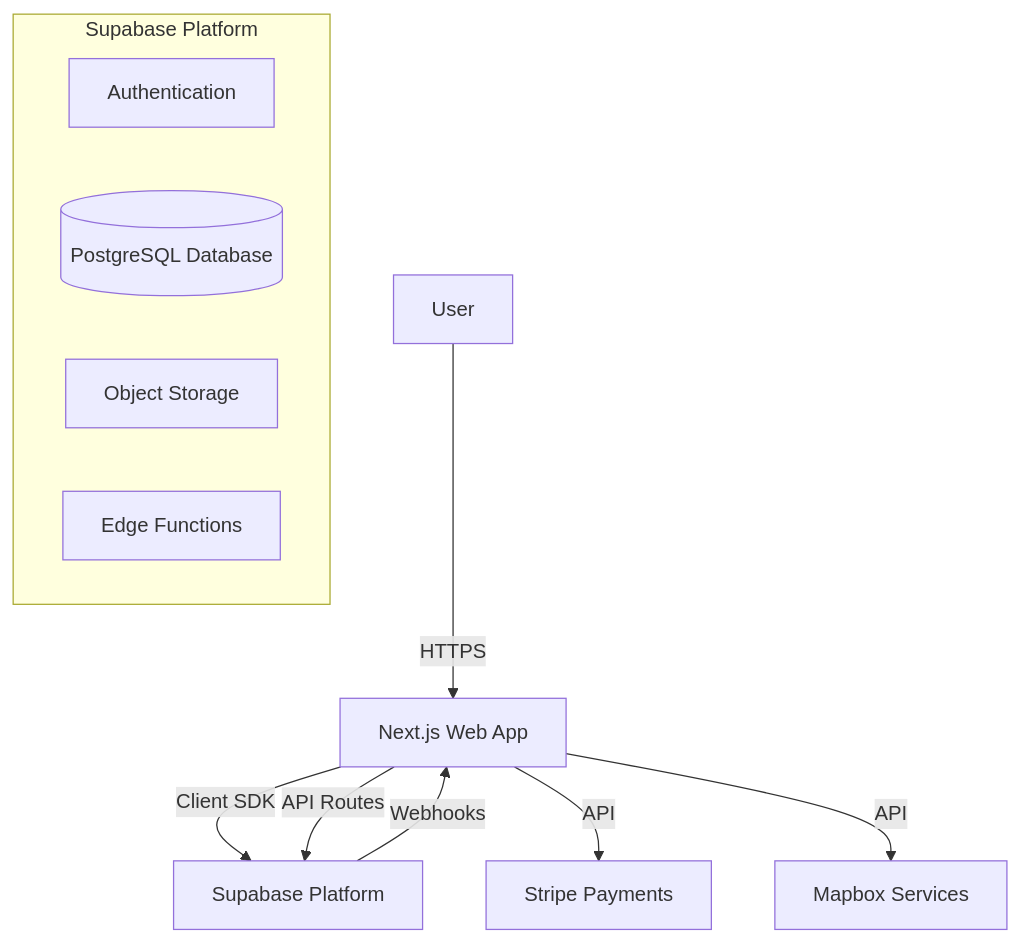
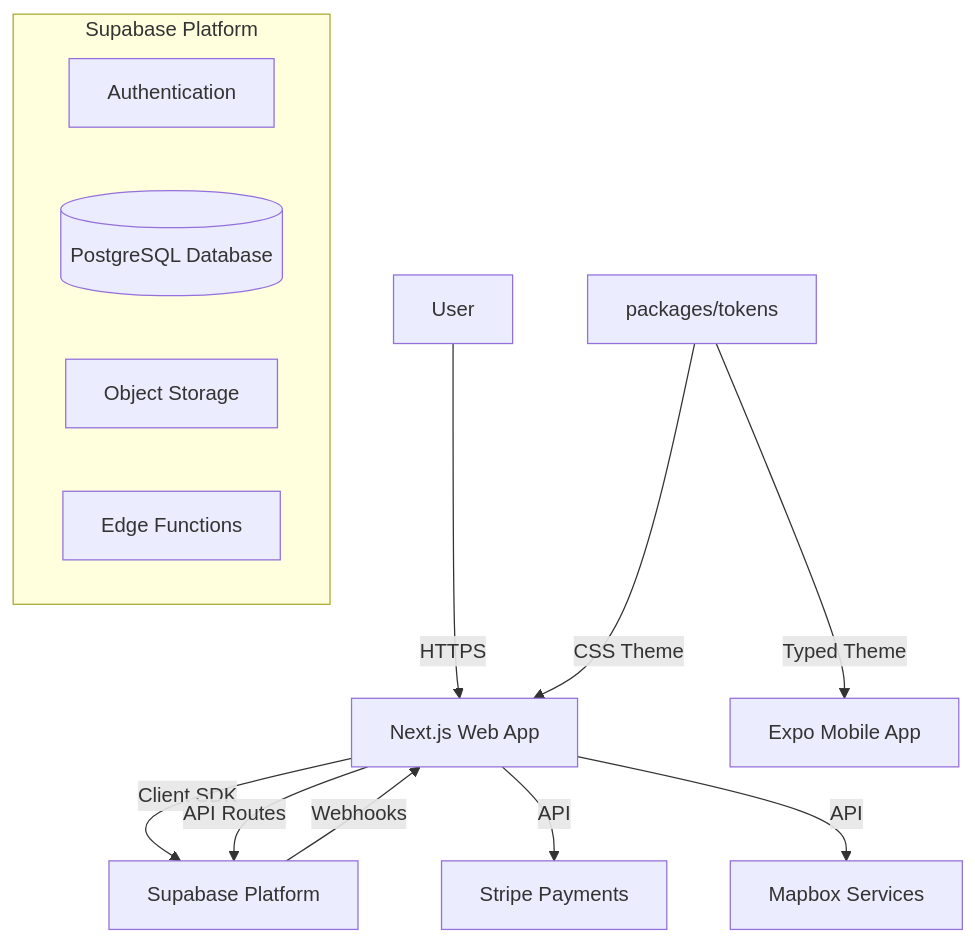
The diagram in docs/ARCHITECTURE.md (barleygreaser/BlockHyre), drawn with Mermaid before and after one commit. The commit also changed other lines of this file and 4 other files, not shown here.

First line of the commit message:
docs(brand): sync brand sheet, architecture, and wire --radius-interactive token

````diff
--- a/docs/ARCHITECTURE.md
+++ b/docs/ARCHITECTURE.md
@@ -44,17 +61,19 @@
 ```mermaid
 graph TD
     User[User] -->|HTTPS| WebApp[Next.js Web App]
     WebApp -->|Client SDK| Supabase[Supabase Platform]
     WebApp -->|API Routes| Supabase
     WebApp -->|API| Stripe[Stripe Payments]
     WebApp -->|API| Mapbox[Mapbox Services]
+    Tokens[packages/tokens] -->|CSS Theme| WebApp
+    Tokens -->|Typed Theme| MobileApp[Expo Mobile App]
     
     subgraph "Supabase Platform"
         Auth[Authentication]
         DB[(PostgreSQL Database)]
         Storage[Object Storage]
         Edge[Edge Functions]
     end
     
     Supabase -->|Webhooks| WebApp
 ```
````
